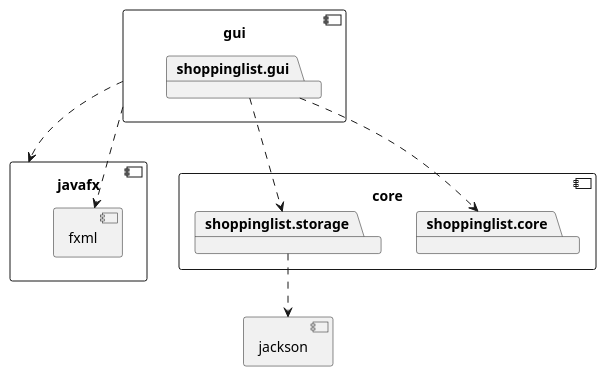
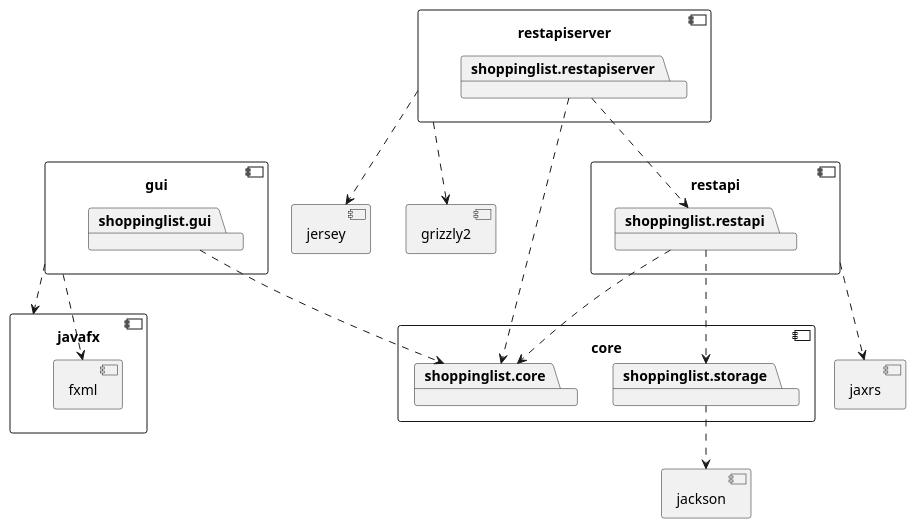
The diagram in shoppinglist/architecture.puml (Espenbfo/shopping-list-java-project), drawn with PlantUML before and after one commit. The commit also changed 7 other files, not shown here.

Commit message:
Changed namestyling of shoppinglist from [id].json to shoppinglist-[id].json, changed names of images 1.PNG and 2.PNG to be more descriptive, updates the architecture diagram

```diff
--- a/shoppinglist/architecture.puml
+++ b/shoppinglist/architecture.puml
@@ -1,26 +1,49 @@
 @startuml
 
 component core {
 	package shoppinglist.core
 	package shoppinglist.storage
 }
 
 component gui {
 	package shoppinglist.gui
 }
 
 component javafx {
 	component fxml {
 	}
 }
 
+component restapi{
+    package shoppinglist.restapi
+}
+
+component restapiserver{
+    package shoppinglist.restapiserver
+}
+
 component jackson{
 }
 
+component jersey{
+}
+
+component grizzly2{
+}
+
+component jaxrs{
+}
+
 shoppinglist.gui ..> shoppinglist.core
-shoppinglist.gui ..> shoppinglist.storage
+shoppinglist.restapi ..> shoppinglist.storage
+shoppinglist.restapi ..> shoppinglist.core
+shoppinglist.restapiserver ..>shoppinglist.restapi
+shoppinglist.restapiserver ..> shoppinglist.core
+restapi ..> jaxrs
+restapiserver ..> jersey
+restapiserver ..> grizzly2
 gui ..> javafx
 gui ..> fxml
 shoppinglist.storage ..> jackson
 
 @enduml
```
